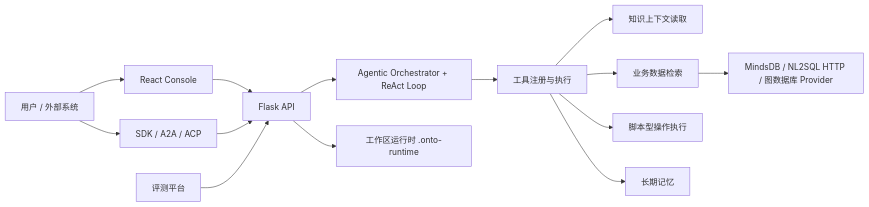
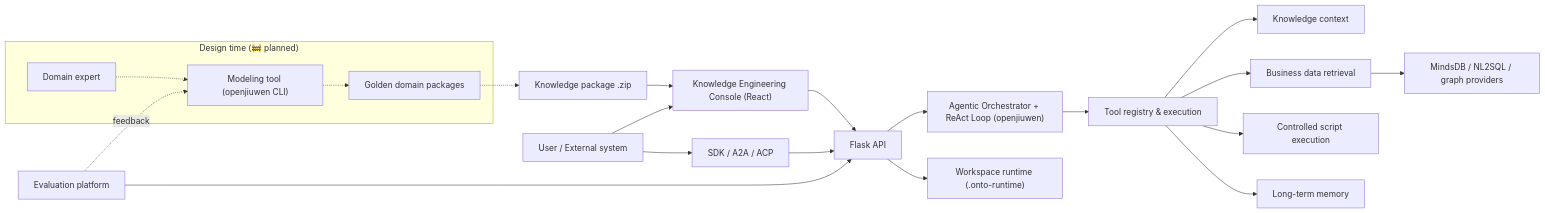
The diagram in README.md (WangHaowen99/knowledge-scaffold), drawn with Mermaid before and after one commit. The commit also changed other lines of this file and 1 other file, not shown here.

````diff
--- a/README.md
+++ b/README.md
@@ -20,16 +50,23 @@
 ```mermaid
 flowchart LR
-  User["用户 / 外部系统"] --> Console["React Console"]
+  subgraph Design["Design time (🚧 planned)"]
+    Expert["Domain expert"] -.-> ModelTool["Modeling tool (openjiuwen CLI)"]
+    ModelTool -.-> Golden["Golden domain packages"]
+  end
+  Golden -.-> Package["Knowledge package .zip"]
+  User["User / External system"] --> Console["Knowledge Engineering Console (React)"]
   User --> SDK["SDK / A2A / ACP"]
+  Package --> Console
   Console --> API["Flask API"]
   SDK --> API
-  API --> Loop["Agentic Orchestrator + ReAct Loop"]
-  Loop --> Tools["工具注册与执行"]
-  Tools --> Knowledge["知识上下文读取"]
-  Tools --> Data["业务数据检索"]
-  Tools --> Scripts["脚本型操作执行"]
-  Tools --> Memory["长期记忆"]
-  Data --> Providers["MindsDB / NL2SQL HTTP / 图数据库 Provider"]
-  API --> Workspace["工作区运行时 .onto-runtime"]
-  Evaluation["评测平台"] --> API
+  API --> Loop["Agentic Orchestrator + ReAct Loop (openjiuwen)"]
+  Loop --> Tools["Tool registry & execution"]
+  Tools --> Knowledge["Knowledge context"]
+  Tools --> Data["Business data retrieval"]
+  Tools --> Scripts["Controlled script execution"]
+  Tools --> Memory["Long-term memory"]
+  Data --> Providers["MindsDB / NL2SQL / graph providers"]
+  API --> Workspace["Workspace runtime (.onto-runtime)"]
+  Evaluation["Evaluation platform"] --> API
+  Evaluation -.feedback.-> ModelTool
 ```
````
